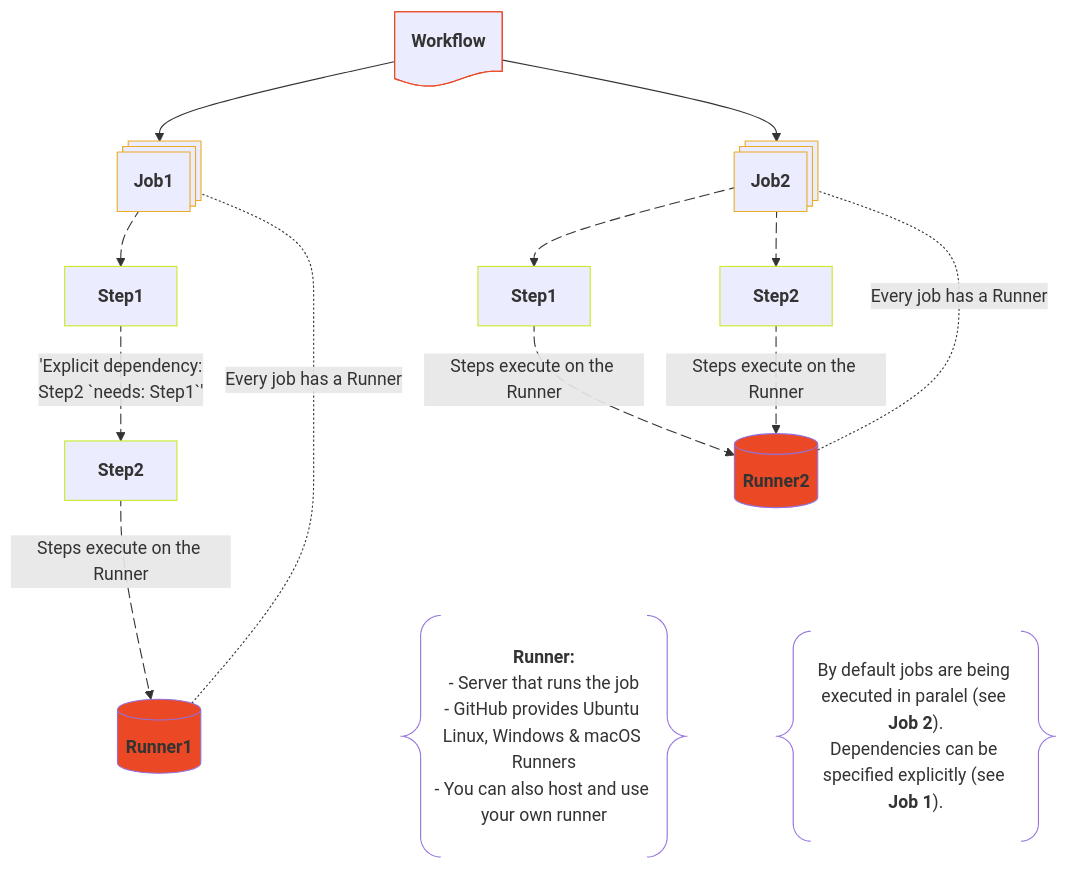
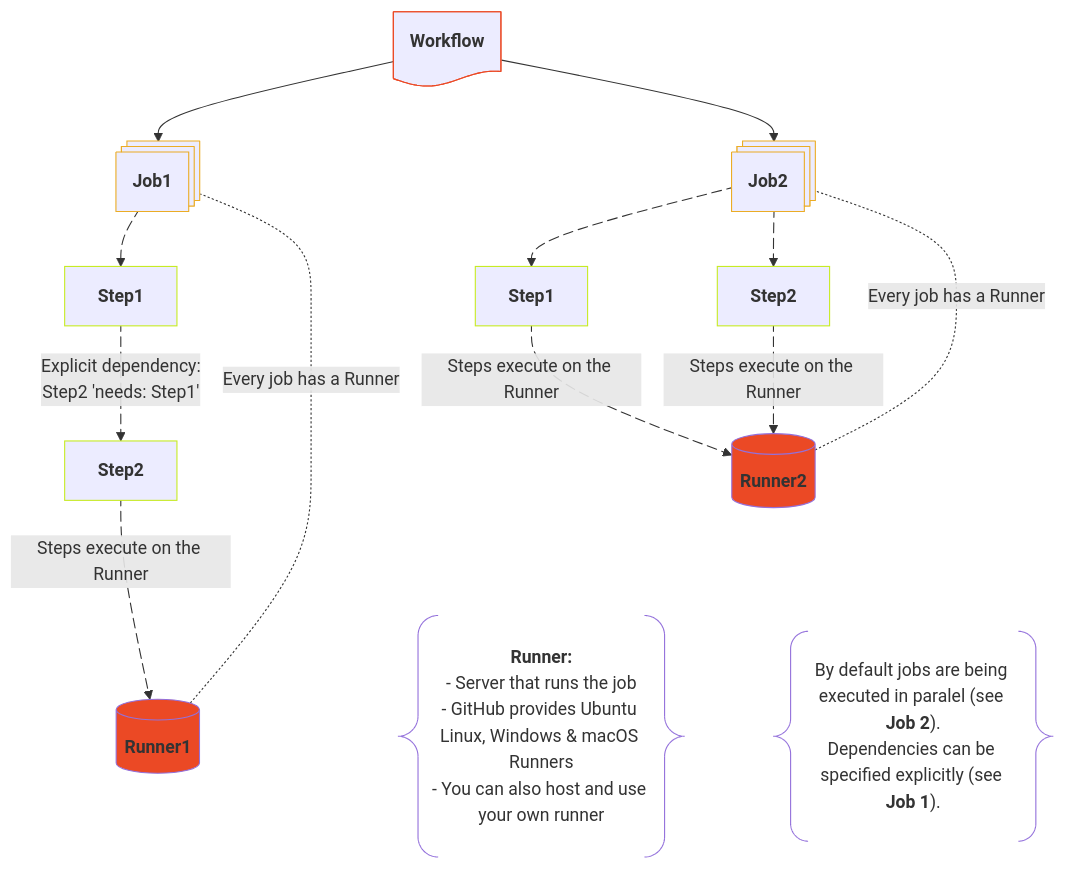
The second of 2 diagrams in content/posts/training/GitHub/2025-github-actions/03-fundamentals/index.md (rtdevx/rtdevx.github.io), drawn with Mermaid before and after one commit.

Commit message:
Obsidian sync: 2025-12-09 20:43:51

```diff
--- a/content/posts/training/GitHub/2025-github-actions/03-fundamentals/index.md
+++ b/content/posts/training/GitHub/2025-github-actions/03-fundamentals/index.md
@@ -182,66 +182,66 @@
 {{< mermaid >}}
 flowchart TB
 
 %% Class Definitions
 classDef redclass fill:#EB4925
 classDef redclasss stroke:#EB4925
 classDef yellowclass stroke:#EBAC25
 classDef greenclass stroke:#C7EB25
 
 %% Workflows
 W@{ shape: doc, label: "**Workflow**" }
 
 %% Jobs
 Job1@{ shape: processes, label: "**Job1**" }
 Job2@{ shape: processes, label: "**Job2**" }
 
 %% Job1 Steps
 Step1Job1@{ shape: process, label: "**Step1**" }
 Step2Job1@{ shape: process, label: "**Step2**" }
 
 %% Job2 Steps
 Step1Job2@{ shape: process, label: "**Step1**" }
 Step2Job2@{ shape: process, label: "**Step2**" }
 
 %% Runners
 Runner1@{ shape: db, label: "**Runner1**" }
 Runner2@{ shape: db, label: "**Runner2**" }
 
 %% Comments
 Comment1@{ shape: braces, label: "**Runner:**
 - Server that runs the job
 - GitHub provides Ubuntu Linux, Windows & macOS Runners
 - You can also host and use your own runner" }
 
 Comment2@{ shape: braces, label: "By default jobs are being executed in paralel (see **Job 2**).<br/>Dependencies can be specified explicitly (see **Job 1**)." }
 
 %% Job1
   W:::redclasss --> Job1:::yellowclass
   %% Step1
   Job1 Job1_Step1_Route@--> Step1Job1:::greenclass
-  Step1Job1 Job1_Step1_Step2_Route@-->|'Explicit dependency:<br/> Step2 `needs: Step1`'| Step2Job1:::greenclass  
+  Step1Job1 Job1_Step1_Step2_Route@-->|Explicit dependency:<br/> Step2 'needs: Step1'| Step2Job1:::greenclass  
   Job1_Step1_Route@{ animate: true }  
   Job1_Step1_Step2_Route@{ animate: true }
   %% Step2
   Step2Job1 Job1_Step2_Runner_Route@-->|Steps execute on the Runner| Runner1:::redclass
   Job1_Step2_Runner_Route@{ animate: true }  
   Runner1 -.-|Every job has a Runner| Job1
 
 %% Job2
   W --> Job2:::yellowclass
   %% Step1
   Job2 Job2_Step1_Route@--> Step1Job2:::greenclass
   Job2_Step1_Route@{ animate: true }
   Step1Job2 Job2_Step1_Runner_Route@-->|Steps execute on the Runner| Runner2:::redclass
   Job2_Step1_Runner_Route@{ animate: true }
   Runner2 -.- |Every job has a Runner| Job2 
   %% Step2
   Job2 Job2_Step2_Route@--> Step2Job2:::greenclass
   Job2_Step2_Route@{ animate: true }
   Step2Job2 Job2_Step2_Runner_Route@-->|Steps execute on the Runner| Runner2
   Job2_Step2_Runner_Route@{ animate: true }
 
   %% Comments
   Runner2 ~~~ Comment1
   Runner2 ~~~ Comment2
 {{< /mermaid >}}
```
